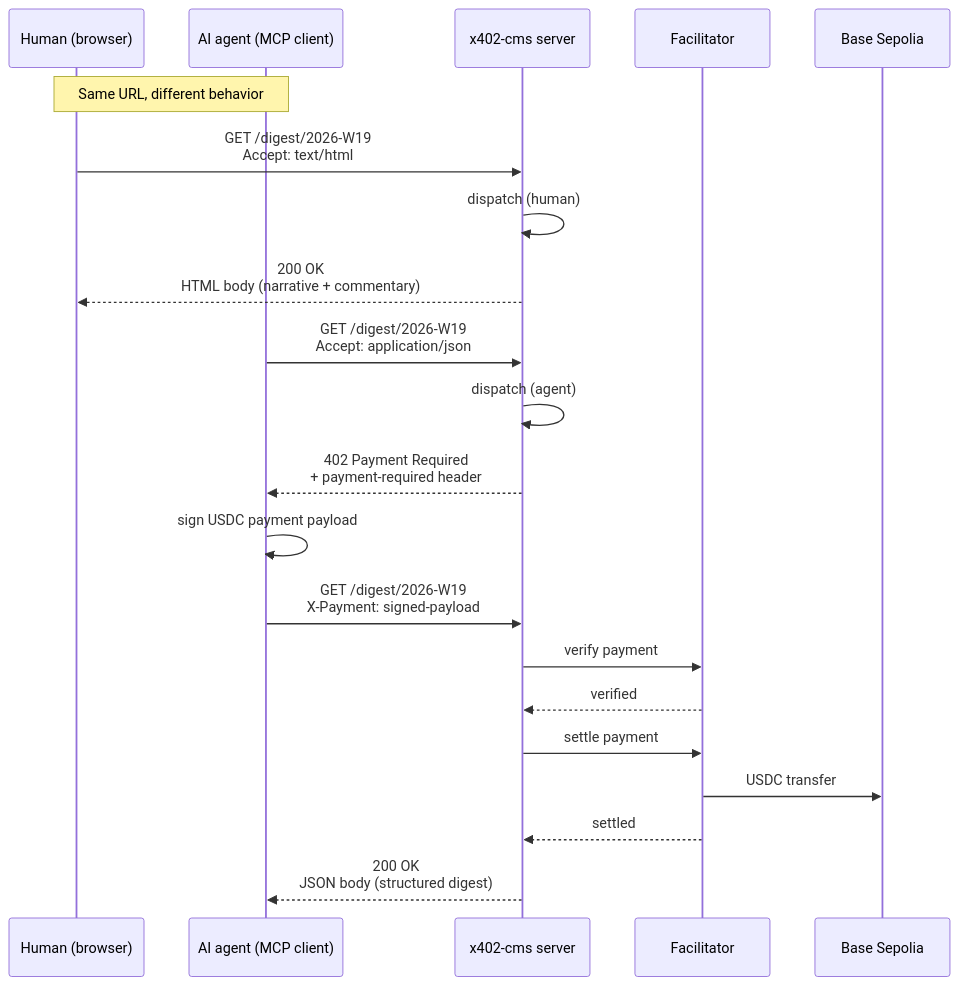
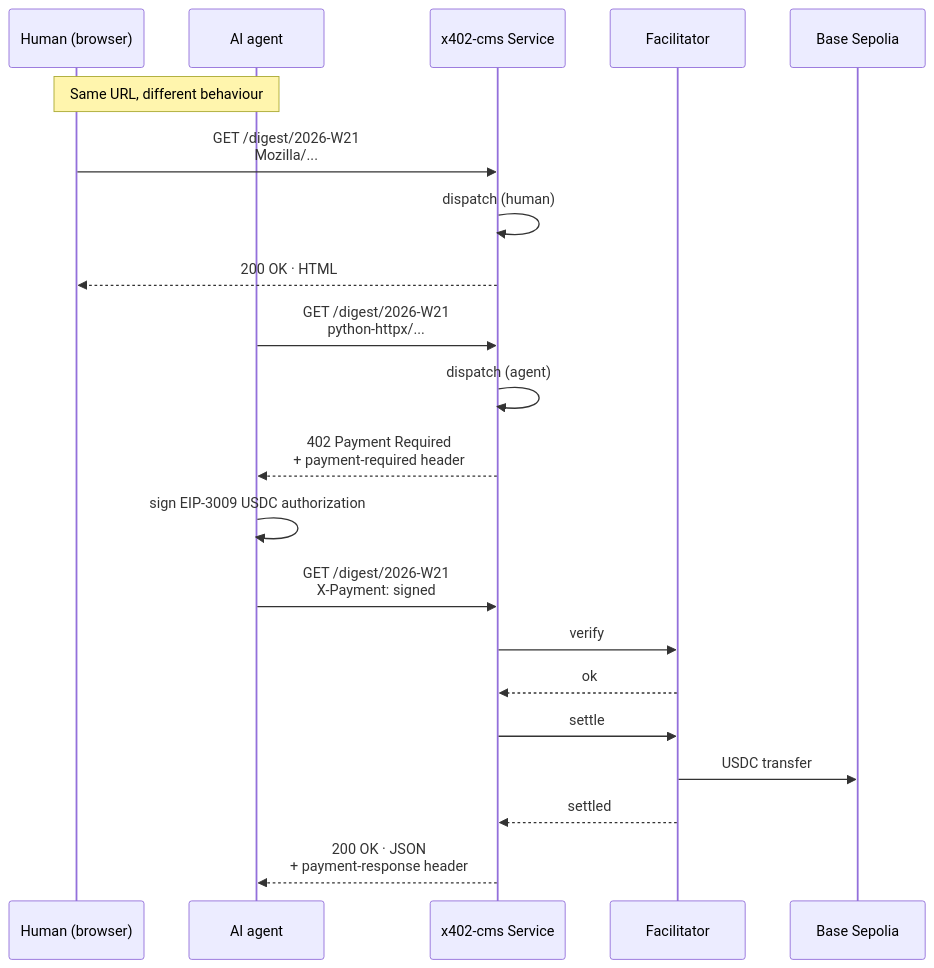
One commit to shuhei0866/x402-cms changed the second of 5 diagrams in docs/architecture.md. Above: the diagram before and after it, drawn with Mermaid. The commit also changed other lines of this file and 1 other file, not shown here.

````diff
--- a/docs/architecture.md
+++ b/docs/architecture.md
@@ -77,27 +114,27 @@
 ```mermaid
 sequenceDiagram
   participant H as Human (browser)
-  participant A as AI agent (MCP client)
-  participant S as x402-cms server
+  participant A as AI agent
+  participant S as x402-cms Service
   participant F as Facilitator
   participant B as Base Sepolia
 
-  Note over H,A: Same URL, different behavior
+  Note over H,A: Same URL, different behaviour
 
-  H->>S: GET /digest/2026-W19<br/>Accept: text/html
+  H->>S: GET /digest/2026-W21<br/>Mozilla/...
   S->>S: dispatch (human)
-  S-->>H: 200 OK<br/>HTML body (narrative + commentary)
+  S-->>H: 200 OK · HTML
 
-  A->>S: GET /digest/2026-W19<br/>Accept: application/json
+  A->>S: GET /digest/2026-W21<br/>python-httpx/...
   S->>S: dispatch (agent)
   S-->>A: 402 Payment Required<br/>+ payment-required header
 
-  A->>A: sign USDC payment payload
-  A->>S: GET /digest/2026-W19<br/>X-Payment: signed-payload
-  S->>F: verify payment
-  F-->>S: verified
-  S->>F: settle payment
+  A->>A: sign EIP-3009 USDC authorization
+  A->>S: GET /digest/2026-W21<br/>X-Payment: signed
+  S->>F: verify
+  F-->>S: ok
+  S->>F: settle
   F->>B: USDC transfer
   F-->>S: settled
-  S-->>A: 200 OK<br/>JSON body (structured digest)
+  S-->>A: 200 OK · JSON<br/>+ payment-response header
 ```
````
